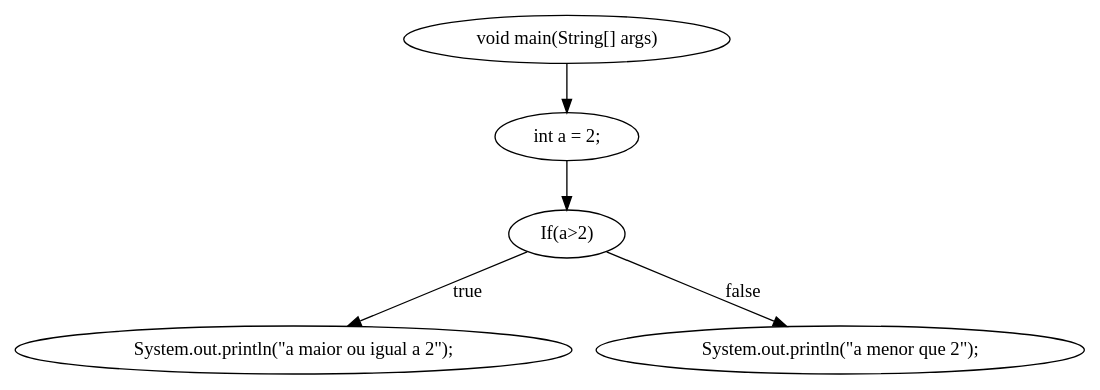
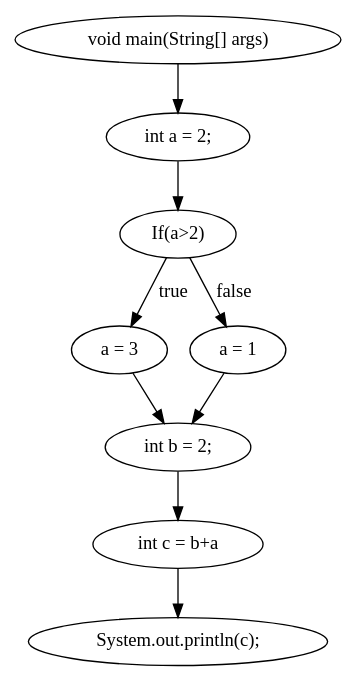
Before and after one commit to joaocarduarte/COMP: the diagram in dotfile.dot, drawn with Graphviz. The commit also changed 21 other files, not shown here.

```diff
--- a/dotfile.dot
+++ b/dotfile.dot
@@ -1,5 +1,6 @@
 digraph graphname{
 "void main(String[] args)" -> "int a = 2;" -> "If(a>2)"
-"If(a>2)" -> "System.out.println(\"a maior ou igual a 2\");"[label="true"]
-"If(a>2)" -> "System.out.println(\"a menor que 2\");"[label="false"]
-}
+"If(a>2)" -> "a = 3"[label="true"]
+"a = 3" -> "int b = 2;"
+"If(a>2)" -> "a = 1"[label="false"]"a = 1" -> "int b = 2;"
+"int b = 2;" -> "int c = b+a" -> "System.out.println(c);"}
```
